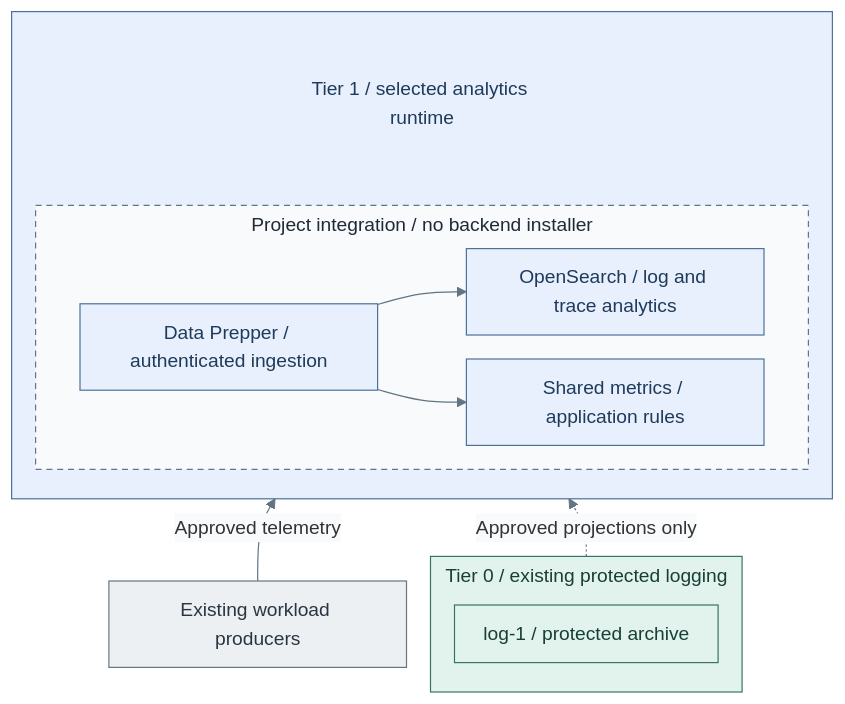
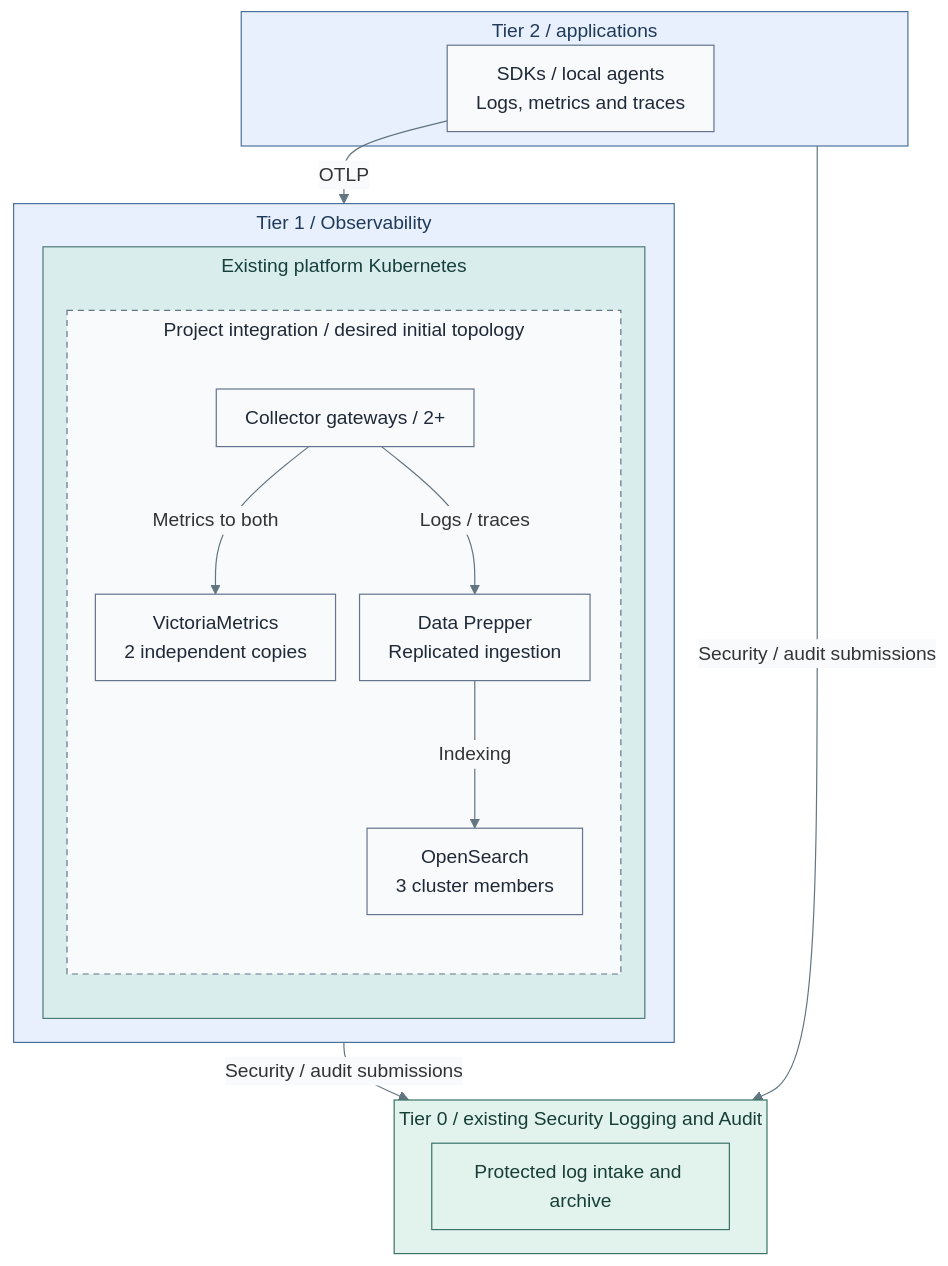
The second of 3 diagrams in docs/deployment/stage-5-delivery/analytics.md (Rexus/homelab), drawn with Mermaid before and after one commit. The commit also changed other lines of this file and 34 other files, not shown here.

Commit message:
refactor(observability): align Kubernetes-first design and examples

````diff
--- a/docs/deployment/stage-5-delivery/analytics.md
+++ b/docs/deployment/stage-5-delivery/analytics.md
@@ -54,33 +76,36 @@
 ```mermaid
 %%{init: {"theme":"base","flowchart":{"nodeSpacing":20,"rankSpacing":24,"padding":12,"subGraphTitleMargin":{"top":4,"bottom":12}},"themeVariables":{"lineColor":"#627581","edgeLabelBackground":"#f8fafc"}}}%%
-flowchart BT
-  Workloads["Existing workload producers"]
-  subgraph T1[" "]
-    direction TB
-    T1Title["Tier 1 / selected analytics runtime"]
-    subgraph Project["Project integration / no backend installer"]
-      Ingest["Data Prepper / authenticated ingestion"]
-      Logs["OpenSearch / log and trace analytics"]
-      Metrics["Shared metrics / application rules"]
-      Ingest --> Logs
-      Ingest --> Metrics
+flowchart TB
+  subgraph T2["Tier 2 / applications"]
+    Apps["SDKs / local agents<br/>Logs, metrics and traces"]
+  end
+  subgraph T1["Tier 1 / Observability"]
+    subgraph Cluster["Existing platform Kubernetes"]
+      subgraph Project["Project integration / desired initial topology"]
+        direction TB
+        Gateway["Collector gateways / 2+"]
+        Metrics["VictoriaMetrics<br/>2 independent copies"]
+        Prepper["Data Prepper<br/>Replicated ingestion"]
+        Search["OpenSearch<br/>3 cluster members"]
+        Gateway -->|Metrics to both| Metrics
+        Gateway -->|Logs / traces| Prepper
+        Prepper -->|Indexing| Search
+      end
     end
-    T1Title ~~~ Project
   end
-  subgraph T0["Tier 0 / existing protected logging"]
-    Evidence["log-1 / protected archive"]
+  Apps -->|OTLP| T1
+  subgraph T0["Tier 0 / existing Security Logging and Audit"]
+    Evidence["Protected log intake and archive"]
   end
-  Workloads -->|Approved telemetry| T1
-  T0 -. Approved projections only .-> T1
+  T1 -->|Security / audit submissions| T0
+  T2 -->|Security / audit submissions| T0
   classDef default fill:#f8fafc,stroke:#64748b,color:#1f2937
+  classDef services fill:#e7f0fc,stroke:#4d719b,color:#203a5b
+  classDef runtime fill:#d9eeec,stroke:#4d7b77,color:#173f3e
+  classDef replicas fill:#f8fafc,stroke:#64748b,color:#1f2937,stroke-dasharray:5 4
   classDef control fill:#e2f3ed,stroke:#397366,color:#173f36
-  classDef services fill:#e7f0fc,stroke:#4d719b,color:#203a5b
-  classDef servicesHeading fill:#e7f0fc,stroke:#e7f0fc,color:#203a5b
-  classDef actor fill:#edf0f3,stroke:#697682,color:#293642
-  classDef replicas fill:#f8fafc,stroke:#64748b,color:#1f2937,stroke-dasharray:5 4
+  class T2,T1 services
+  class Cluster runtime
+  class Project replicas
   class T0,Evidence control
-  class T1,Logs,Ingest,Metrics services
-  class T1Title servicesHeading
-  class Workloads actor
-  class Project replicas
 ```
````
